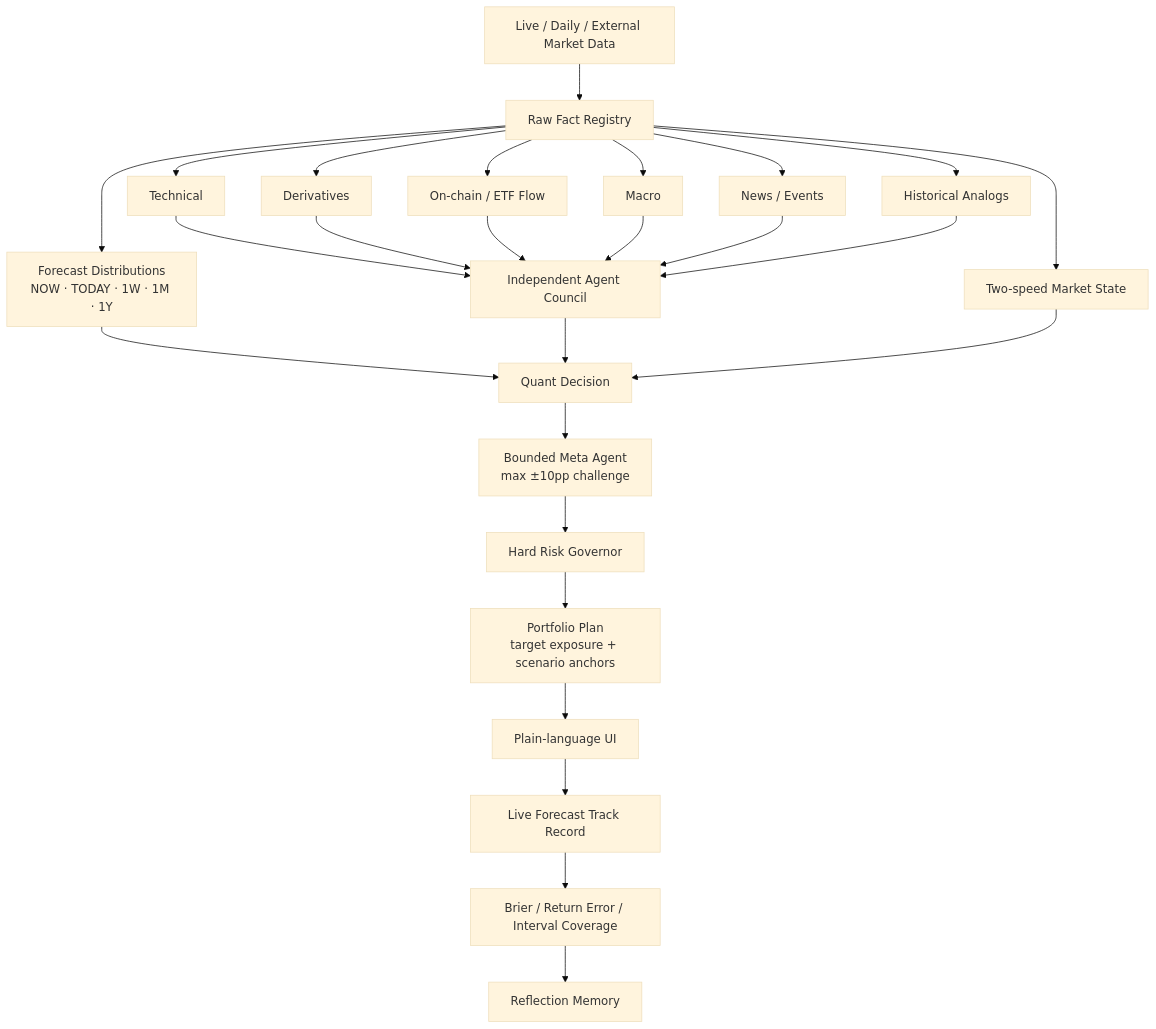
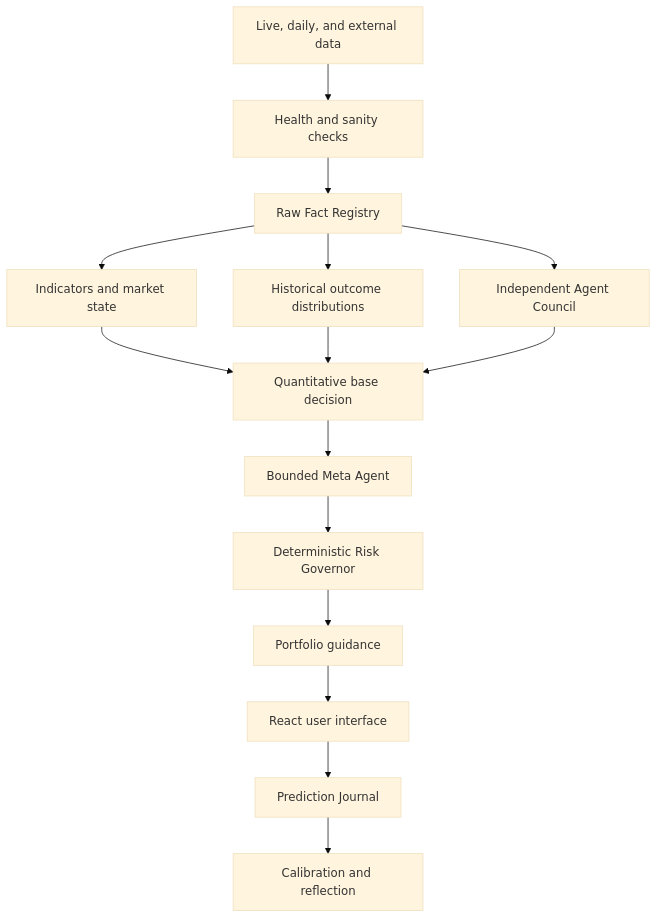
One commit to LeeJaeHoon1234/btc-agent changed the diagram in README.md. Above: the diagram before and after it, drawn with Mermaid (base theme). The commit also changed other lines of this file and 52 other files, not shown here.

````diff
--- a/README.md
+++ b/README.md
@@ -77,30 +45,17 @@
 ```mermaid
 flowchart TD
-    A[Live / Daily / External Market Data] --> F[Raw Fact Registry]
-    F --> P[Forecast Distributions\nNOW · TODAY · 1W · 1M · 1Y]
-    F --> R[Two-speed Market State]
-
-    F --> C1[Technical]
-    F --> C2[Derivatives]
-    F --> C3[On-chain / ETF Flow]
-    F --> C4[Macro]
-    F --> C5[News / Events]
-    F --> C6[Historical Analogs]
-    C1 --> C[Independent Agent Council]
-    C2 --> C
-    C3 --> C
-    C4 --> C
-    C5 --> C
-    C6 --> C
-
-    P --> Q[Quant Decision]
-    C --> Q
-    R --> Q
-    Q --> M[Bounded Meta Agent\nmax ±10pp challenge]
-    M --> G[Hard Risk Governor]
-    G --> O[Portfolio Plan\ntarget exposure + scenario anchors]
-    O --> U[Plain-language UI]
-    U --> J[Live Forecast Track Record]
-    J --> E[Brier / Return Error / Interval Coverage]
-    E --> X[Reflection Memory]
+    A[Live, daily, and external data] --> B[Health and sanity checks]
+    B --> C[Raw Fact Registry]
+    C --> D[Indicators and market state]
+    C --> E[Historical outcome distributions]
+    C --> F[Independent Agent Council]
+    D --> G[Quantitative base decision]
+    E --> G
+    F --> G
+    G --> H[Bounded Meta Agent]
+    H --> I[Deterministic Risk Governor]
+    I --> J[Portfolio guidance]
+    J --> K[React user interface]
+    K --> L[Prediction Journal]
+    L --> M[Calibration and reflection]
 ```
````
